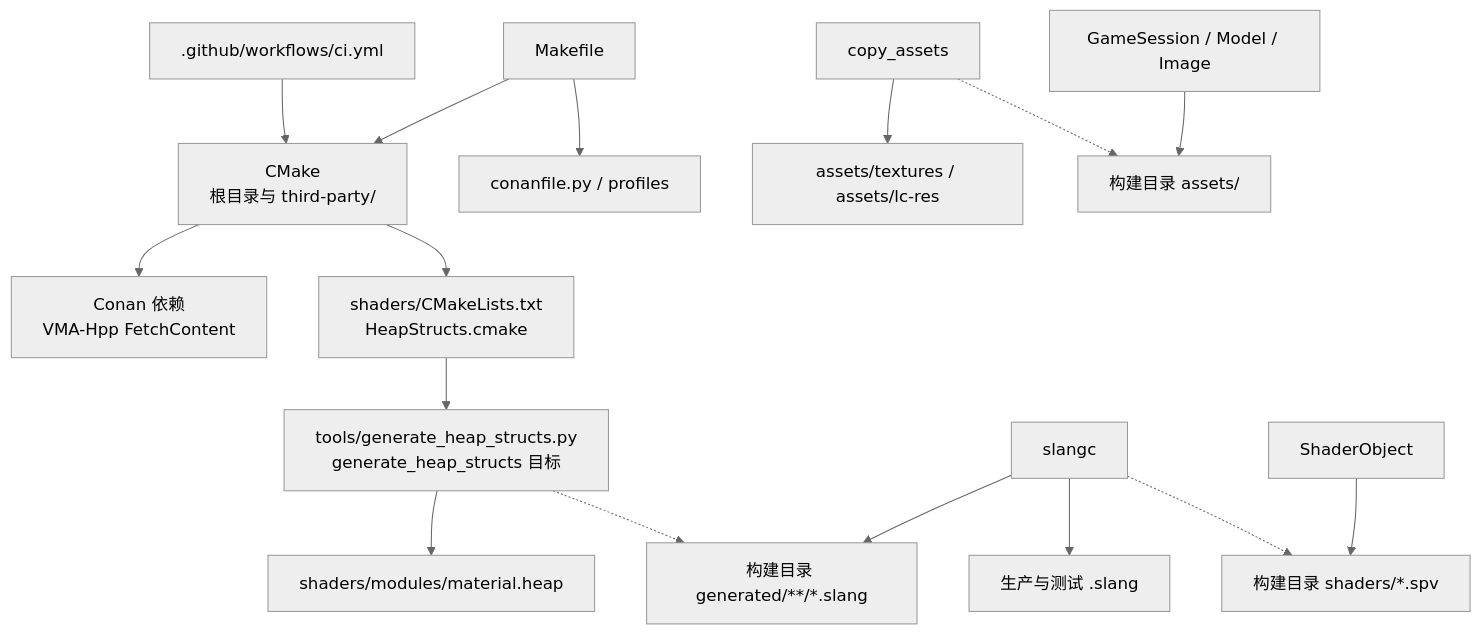
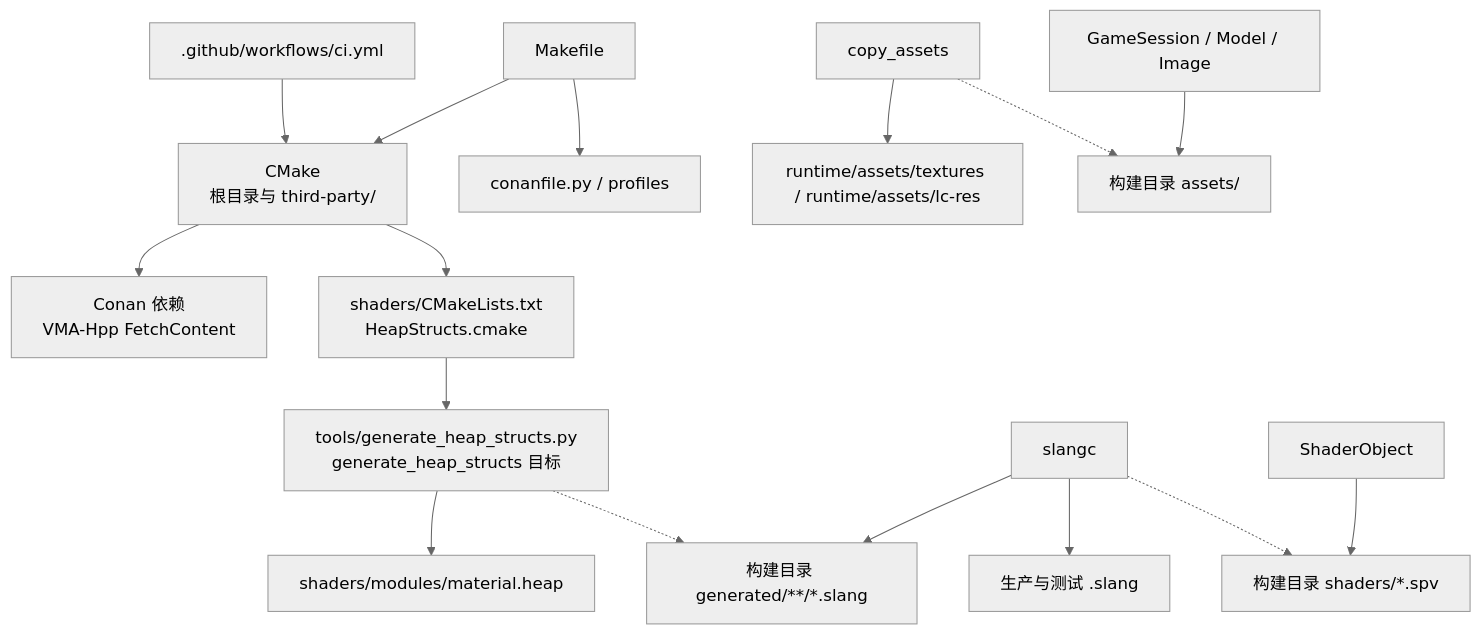
Before and after one commit to Plut084/lc1: the ninth of 10 diagrams in docs/module-dependencies.md, drawn with Mermaid (neutral theme). The commit also changed other lines of this file and 35 other files, not shown here.

````diff
--- a/docs/module-dependencies.md
+++ b/docs/module-dependencies.md
@@ -353,18 +353,18 @@
 ```mermaid
 flowchart TB
     ci[".github/workflows/ci.yml"] --> cmake["CMake<br/>根目录与 third-party/"]
     make["Makefile"] --> conan["conanfile.py / profiles"]
     make --> cmake
     cmake --> packages["Conan 依赖<br/>VMA-Hpp FetchContent"]
     cmake --> shaderbuild["shaders/CMakeLists.txt<br/>HeapStructs.cmake"]
     shaderbuild --> generator["tools/generate_heap_structs.py<br/>generate_heap_structs 目标"]
     generator --> schema["shaders/modules/material.heap"]
     generator -.-> generated["构建目录 generated/**/*.slang"]
     slang["slangc"] --> generated
     slang --> source["生产与测试 .slang"]
     slang -.-> spirv["构建目录 shaders/*.spv"]
     runtime["ShaderObject"] --> spirv
-    copy["copy_assets"] --> assets["assets/textures / assets/lc-res"]
+    copy["copy_assets"] --> assets["runtime/assets/textures / runtime/assets/lc-res"]
     copy -.-> copied["构建目录 assets/"]
     game["GameSession / Model / Image"] --> copied
 ```
````
